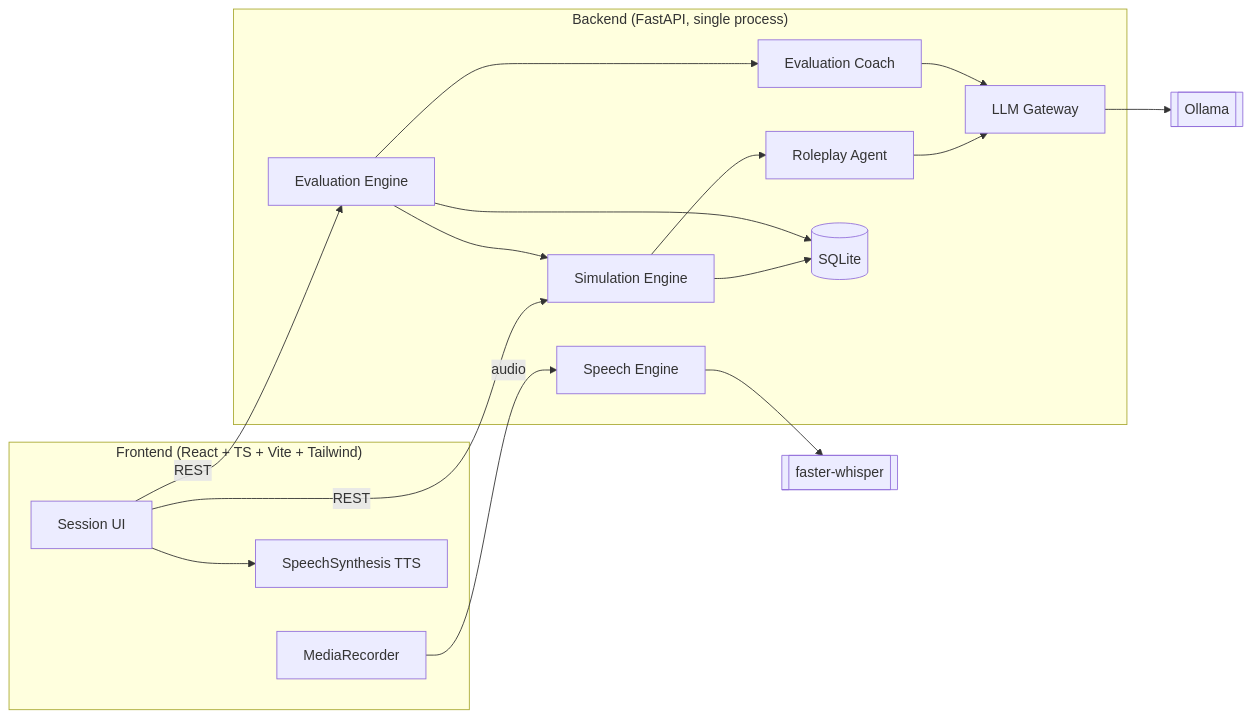
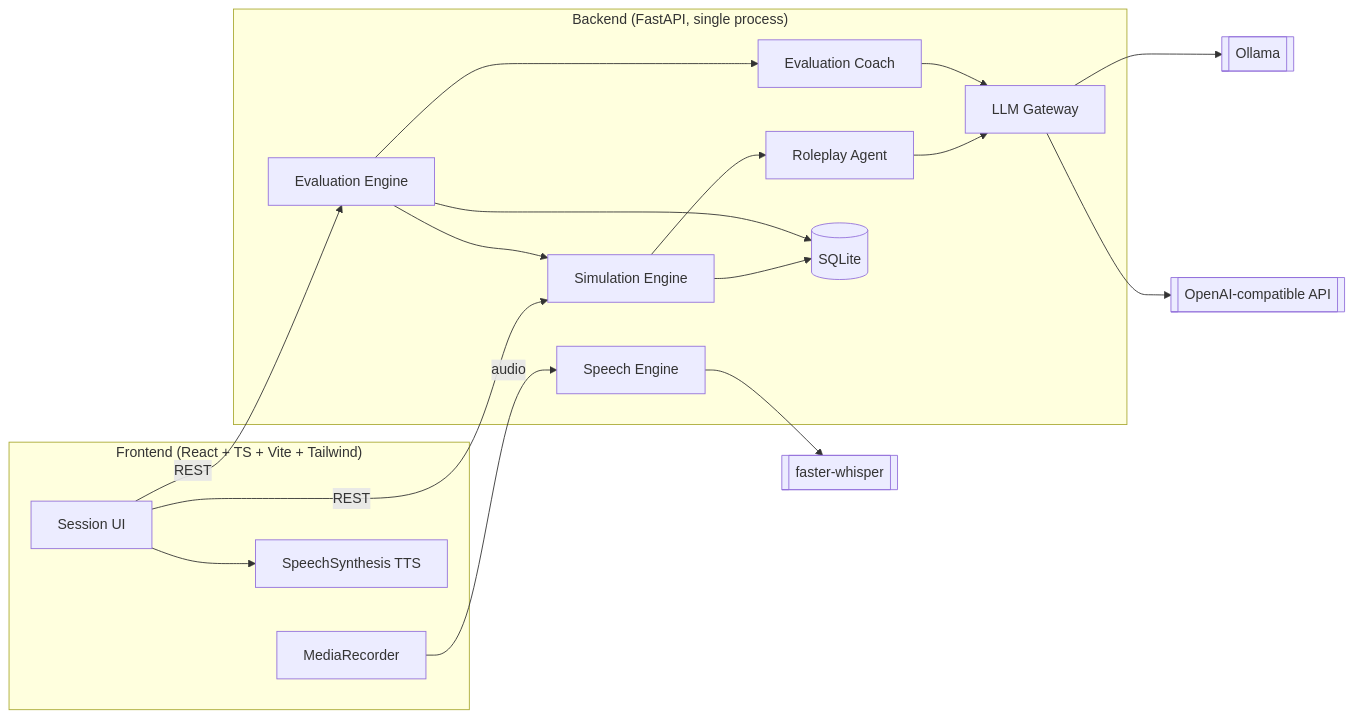
Before and after one commit to PrachtlibeN/nene: the first of 4 diagrams in docs/architecture/system-architecture.md, drawn with Mermaid. The commit also changed other lines of this file and 44 other files, not shown here.

````diff
--- a/docs/architecture/system-architecture.md
+++ b/docs/architecture/system-architecture.md
@@ -124,36 +124,38 @@
 ```mermaid
 flowchart LR
   subgraph Browser["Frontend (React + TS + Vite + Tailwind)"]
     UI[Session UI]
     REC[MediaRecorder]
     TTS[SpeechSynthesis TTS]
   end
 
   subgraph API["Backend (FastAPI, single process)"]
     SIM[Simulation Engine]
     SPE[Speech Engine]
     EVA[Evaluation Engine]
     RPA[Roleplay Agent]
     COA[Evaluation Coach]
     LLM[LLM Gateway]
     DB[(SQLite)]
   end
 
   OLL[[Ollama]]
+  OAI[[OpenAI-compatible API]]
   FW[[faster-whisper]]
 
   UI -- REST --> SIM
   UI -- REST --> EVA
   REC -- audio --> SPE
   SPE --> FW
   UI --> TTS
 
   SIM --> RPA
   SIM --> DB
   EVA --> COA
   EVA --> SIM
   EVA --> DB
   RPA --> LLM
   COA --> LLM
   LLM --> OLL
+  LLM --> OAI
 ```
````
